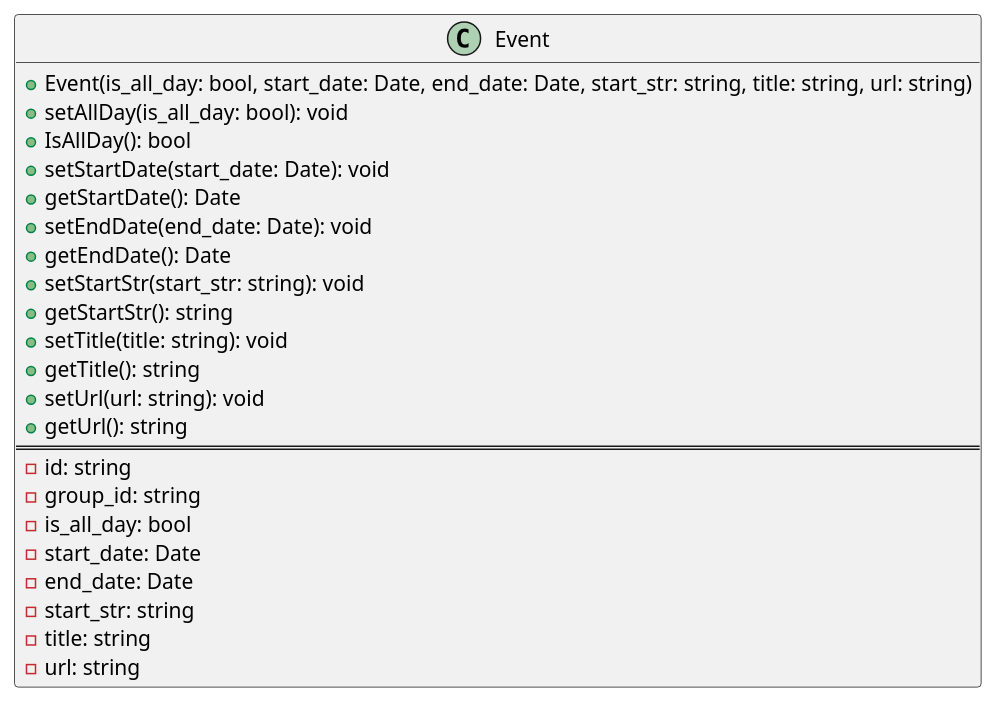
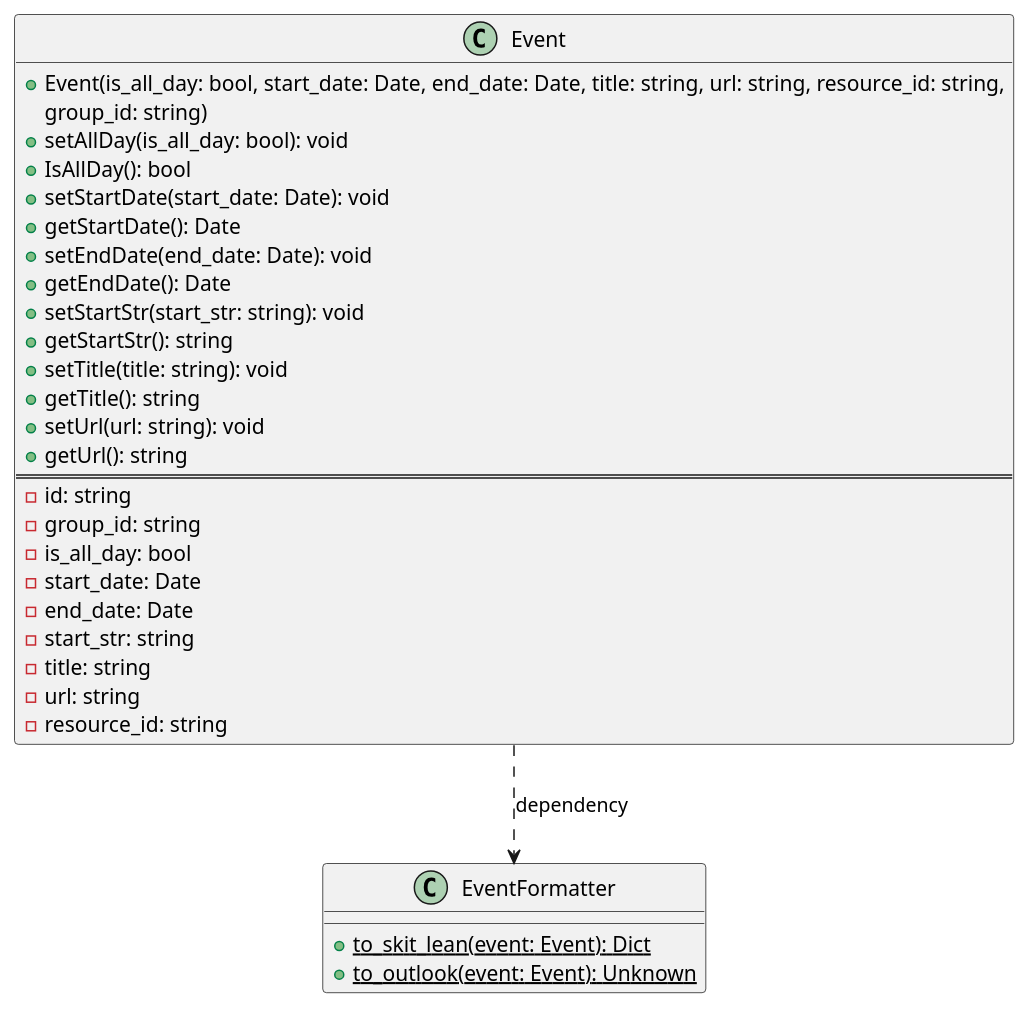
The diagram in uml-diagram/chronastra.puml (SirArt25/Chronastra), drawn with PlantUML before and after one commit. The commit also changed 1 other file, not shown here.

Commit message:
Add uml of EventFormatter

```diff
--- a/uml-diagram/chronastra.puml
+++ b/uml-diagram/chronastra.puml
@@ -1,30 +1,40 @@
 @startuml
 
 
 class Event{
-    + Event(is_all_day: bool, start_date: Date, end_date: Date, start_str: string, title: string, url: string)
+    + Event(is_all_day: bool, start_date: Date, end_date: Date, title: string, url: string, resource_id: string,
+        group_id: string)
     + setAllDay(is_all_day: bool): void
     + IsAllDay(): bool
     + setStartDate(start_date: Date): void
     + getStartDate(): Date
     + setEndDate(end_date: Date): void
     + getEndDate(): Date
     + setStartStr(start_str: string): void
     + getStartStr(): string
     + setTitle(title: string): void
     + getTitle(): string
     + setUrl(url: string): void
     + getUrl(): string
     ===
     - id: string
     - group_id: string
     - is_all_day: bool
     - start_date: Date
     - end_date: Date
     - start_str: string
     - title: string
     - url: string
+    - resource_id: string
 }
 
 
+class EventFormatter{
+    {static} + to_skit_lean(event: Event): Dict
+    {static} + to_outlook(event: Event): Unknown
+}
+
+
+Event ..> EventFormatter : dependency
+
 @enduml
```
